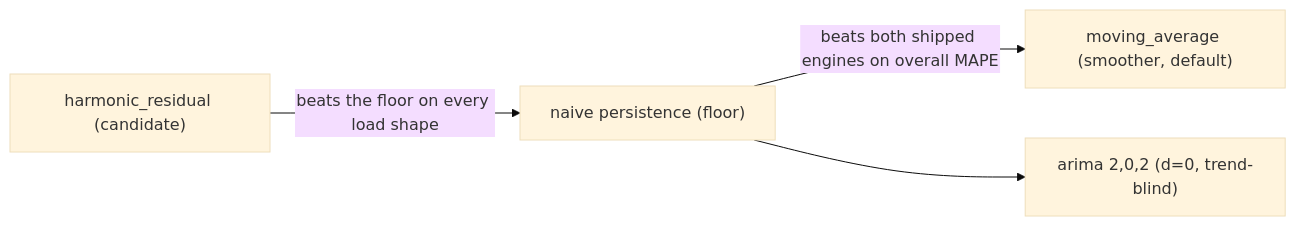
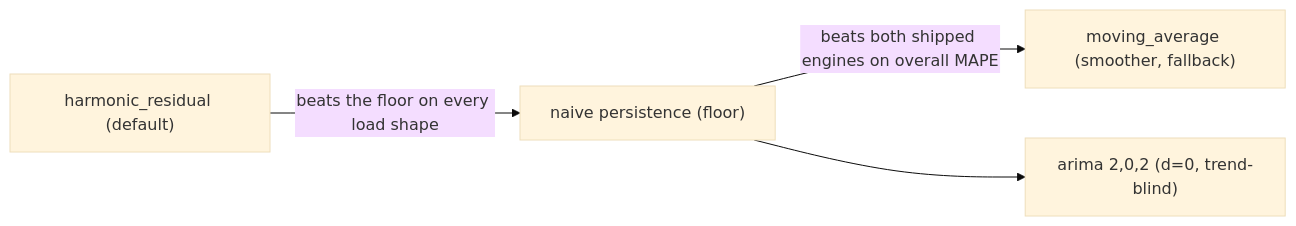
The first of 4 diagrams in docs/modules/forecasting.md (TasneemEltabakh/smartload), drawn with Mermaid (base theme) before and after one commit. The commit also changed other lines of this file and 21 other files, not shown here.

````diff
--- a/docs/modules/forecasting.md
+++ b/docs/modules/forecasting.md
@@ -48,10 +52,10 @@
 ```mermaid
 flowchart LR
   floor["naive persistence (floor)"]
-  ma["moving_average (smoother, default)"]
+  ma["moving_average (smoother, fallback)"]
   ar["arima 2,0,2 (d=0, trend-blind)"]
-  hr["harmonic_residual (candidate)"]
+  hr["harmonic_residual (default)"]
   floor -->|"beats both shipped engines on overall MAPE"| ma
   floor --> ar
   hr -->|"beats the floor on every load shape"| floor
 ```
````
